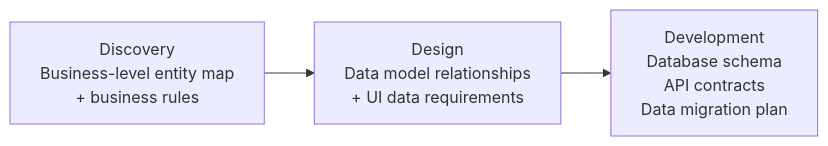
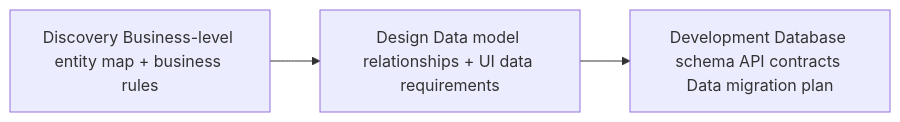
Before and after one commit to ivanyeors/product-agentic-templates: the first of 2 diagrams in .cursor/skills/01-product-discovery/data-dictionary.md, drawn with Mermaid. The commit also changed other lines of this file and 39 other files, not shown here.

````diff
--- a/.cursor/skills/01-product-discovery/data-dictionary.md
+++ b/.cursor/skills/01-product-discovery/data-dictionary.md
@@ -40,5 +40,5 @@
 ```mermaid
 flowchart LR
-    disc["Discovery\nBusiness-level entity map\n+ business rules"] --> design["Design\nData model relationships\n+ UI data requirements"]
-    design --> dev["Development\nDatabase schema\nAPI contracts\nData migration plan"]
+    disc["Discovery Business-level entity map + business rules"] --> design["Design Data model relationships + UI data requirements"]
+    design --> dev["Development Database schema API contracts Data migration plan"]
 ```
````
